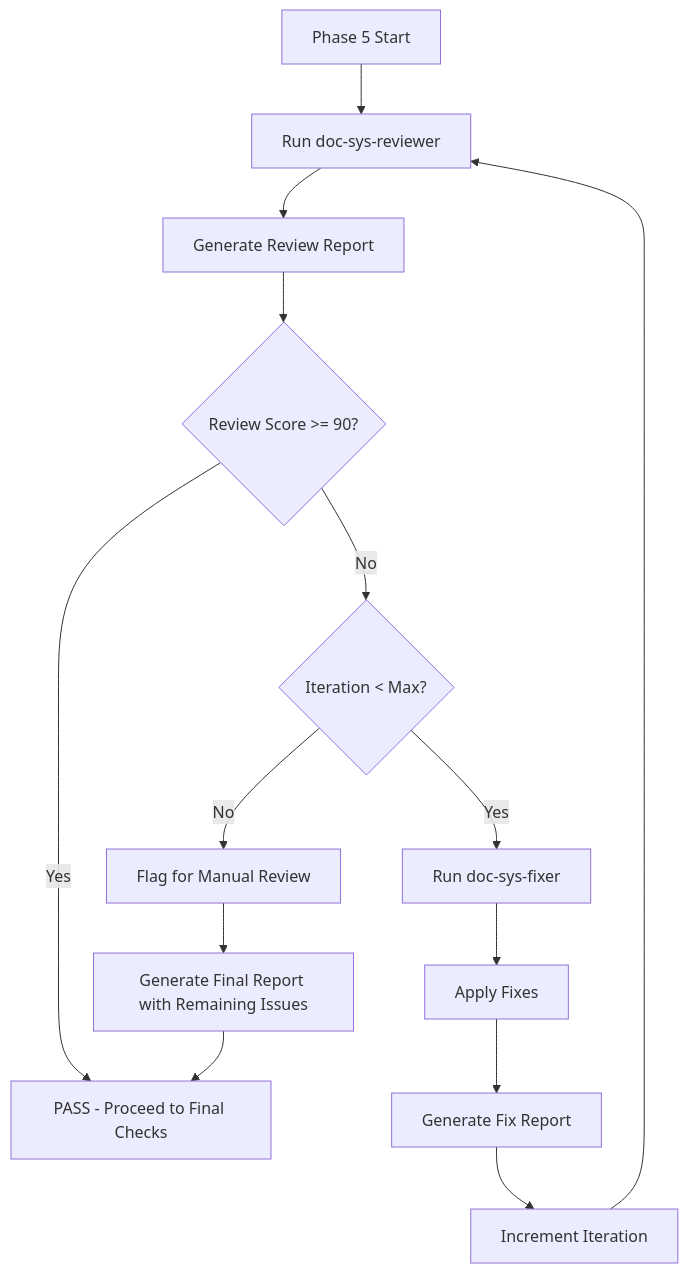
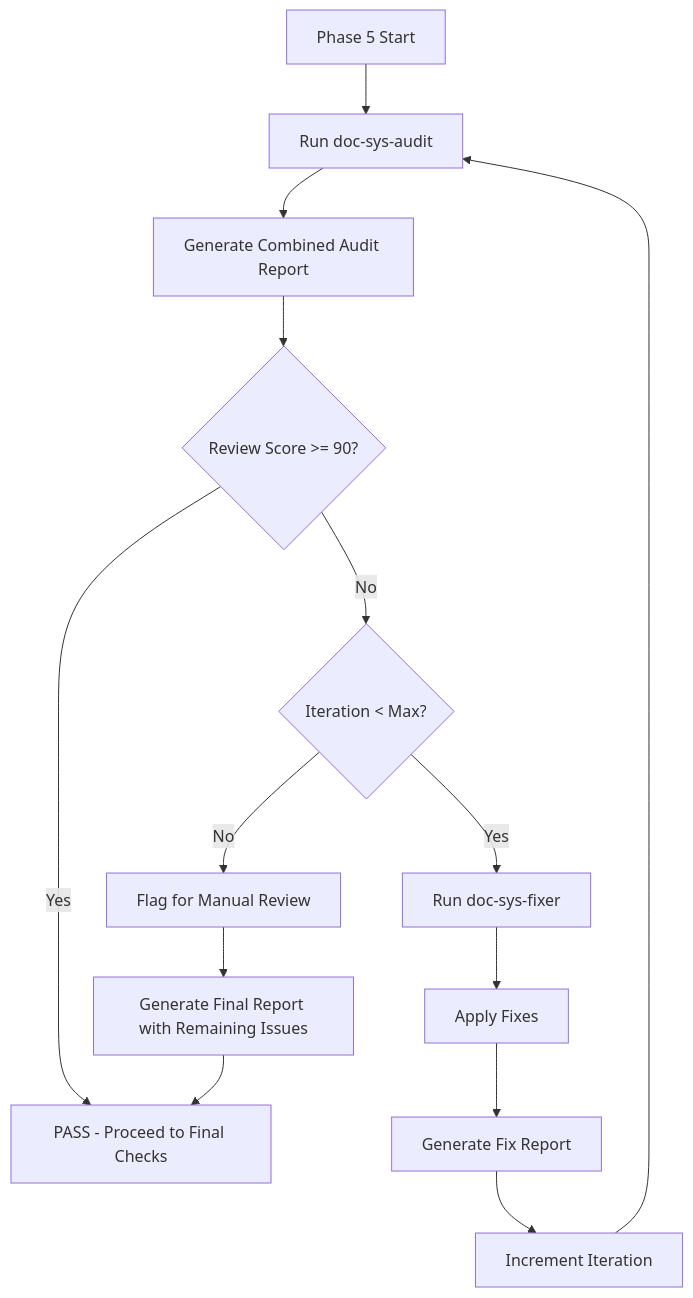
Before and after one commit to vladm3105/aidoc-flow-framework: the second of 4 diagrams in .claude/skills/doc-sys-autopilot/SKILL.md, drawn with Mermaid. The commit also changed other lines of this file and 12 other files, not shown here.

Commit message:
feat(skills): add ADR/SYS audit wrappers and align parity contracts

````diff
--- a/.claude/skills/doc-sys-autopilot/SKILL.md
+++ b/.claude/skills/doc-sys-autopilot/SKILL.md
@@ -665,19 +667,19 @@
 ```mermaid
 flowchart TD
-    A[Phase 5 Start] --> B[Run doc-sys-reviewer]
-    B --> C[Generate Review Report]
+  A[Phase 5 Start] --> B[Run doc-sys-audit]
+  B --> C[Generate Combined Audit Report]
     C --> D{Review Score >= 90?}
 
     D -->|Yes| E[PASS - Proceed to Final Checks]
     D -->|No| F{Iteration < Max?}
 
     F -->|Yes| G[Run doc-sys-fixer]
     G --> H[Apply Fixes]
     H --> I[Generate Fix Report]
     I --> J[Increment Iteration]
     J --> B
 
     F -->|No| K[Flag for Manual Review]
     K --> L[Generate Final Report with Remaining Issues]
     L --> E
 ```
````
